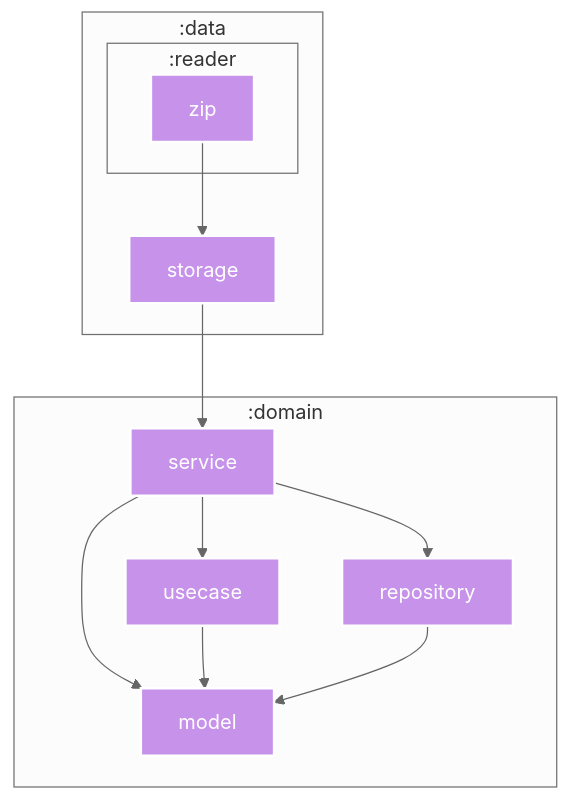
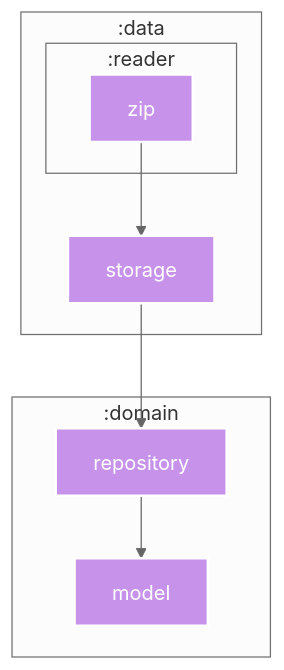
One commit to SorrowBlue/ComicViewer changed the diagram in data/reader/zip/README.md. Above: the diagram before and after it, drawn with Mermaid. The commit also changed 151 other files, not shown here.

````diff
--- a/data/reader/zip/README.md
+++ b/data/reader/zip/README.md
@@ -5,42 +5,32 @@
 ```mermaid
 %%{
   init: {
     'theme': 'neutral'
   }
 }%%
 
 graph TB
   subgraph :data
     :data:storage["storage"]
     :data:storage["storage"]
     subgraph :reader
       :data:reader:zip["zip"]
     end
   end
   subgraph :domain
-    :domain:service["service"]
-    :domain:service["service"]
+    :domain:repository["repository"]
+    :domain:repository["repository"]
     :domain:model["model"]
-    :domain:repository["repository"]
-    :domain:usecase["usecase"]
-    :domain:usecase["usecase"]
-    :domain:repository["repository"]
   end
 
-  :data:storage --> :domain:service
-  :domain:service --> :domain:model
-  :domain:service --> :domain:repository
-  :domain:service --> :domain:usecase
-  :domain:usecase --> :domain:model
+  :data:storage --> :domain:repository
   :domain:repository --> :domain:model
   :data:reader:zip --> :data:storage
 
 classDef kotlin-multiplatform fill:#C792EA,stroke:#fff,stroke-width:2px,color:#fff;
 class :data:storage kotlin-multiplatform
-class :domain:service kotlin-multiplatform
+class :domain:repository kotlin-multiplatform
 class :domain:model kotlin-multiplatform
-class :domain:repository kotlin-multiplatform
-class :domain:usecase kotlin-multiplatform
 class :data:reader:zip kotlin-multiplatform
 
 ```
````
